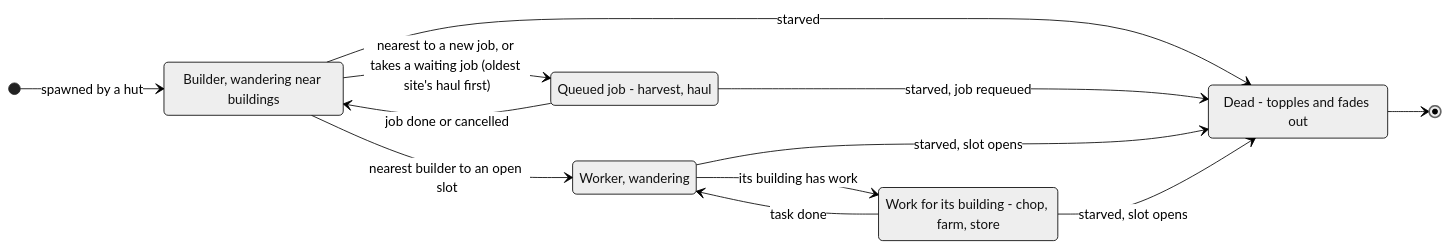
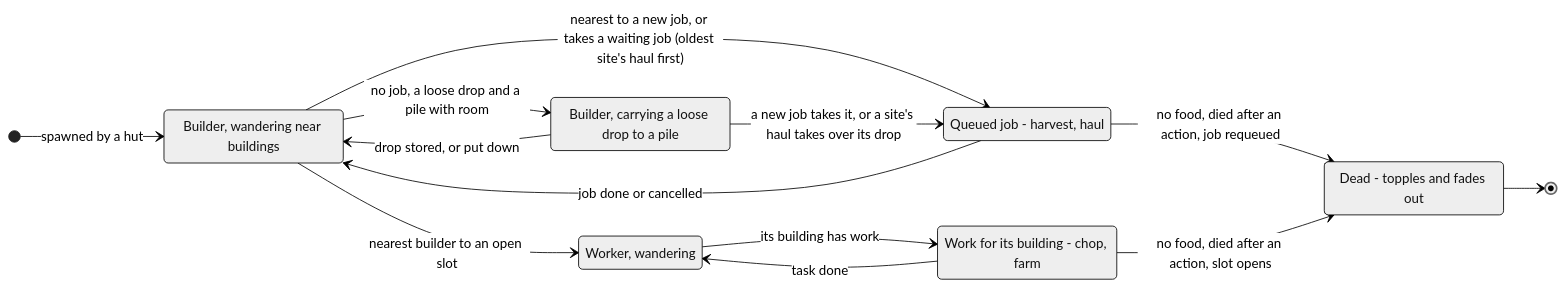
Before and after one commit to Liam-M-Mays/game-jam-2026: the sixth of 11 diagrams in docs/architecture.md, drawn with Mermaid (neutral theme). The commit also changed other lines of this file, not shown here.

Commit message:
Fix the meeple job diagram: builders make store trips, workers only chop or farm, and a meeple dies only after an action
Also list Storage.unclaimed and trip_dropped, and mark find_trip static.

````diff
--- a/docs/architecture.md
+++ b/docs/architecture.md
@@ -253,21 +253,23 @@
 ```mermaid
 stateDiagram-v2
     direction LR
     Wandering: Builder, wandering near buildings
     QueuedJob: Queued job - harvest, haul
     WorkerWandering: Worker, wandering
-    Work: Work for its building - chop, farm, store
+    StoreTrip: Builder, carrying a loose drop to a pile
+    Work: Work for its building - chop, farm
     Dead: Dead - topples and fades out
 
     [*] --> Wandering: spawned by a hut
     Wandering --> QueuedJob: nearest to a new job, or takes a waiting job (oldest site's haul first)
     QueuedJob --> Wandering: job done or cancelled
     Wandering --> WorkerWandering: nearest builder to an open slot
     WorkerWandering --> Work: its building has work
     Work --> WorkerWandering: task done
-    Wandering --> Dead: starved
-    QueuedJob --> Dead: starved, job requeued
-    WorkerWandering --> Dead: starved, slot opens
-    Work --> Dead: starved, slot opens
+    Wandering --> StoreTrip: no job, a loose drop and a pile with room
+    StoreTrip --> Wandering: drop stored, or put down
+    StoreTrip --> QueuedJob: a new job takes it, or a site's haul takes over its drop
+    QueuedJob --> Dead: no food, died after an action, job requeued
+    Work --> Dead: no food, died after an action, slot opens
     Dead --> [*]
 ```
````
